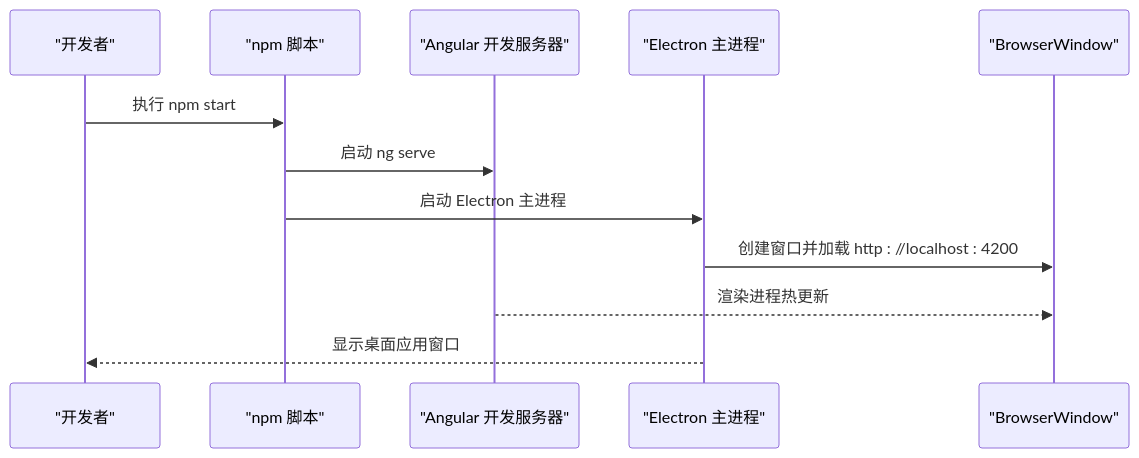
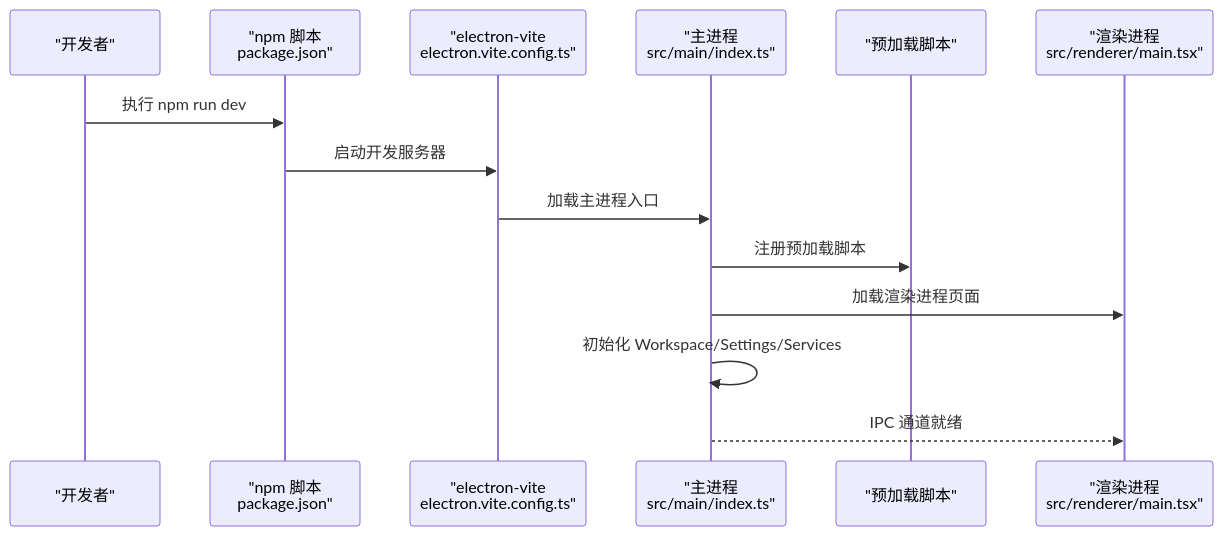
One commit to haolange/RDC-Agent changed the third of 7 diagrams in .qoder/repowiki/zh/content/快速开始.md. Above: the diagram before and after it, drawn with Mermaid. The commit also changed other lines of this file and 5 other files, not shown here.

````diff
--- a/.qoder/repowiki/zh/content/快速开始.md
+++ b/.qoder/repowiki/zh/content/快速开始.md
@@ -196,14 +169,16 @@
 ```mermaid
 sequenceDiagram
-participant User as "开发者"
-participant NPM as "npm 脚本"
-participant Ng as "Angular 开发服务器"
-participant Main as "Electron 主进程"
-participant Win as "BrowserWindow"
-User->>NPM : 执行 npm start
-NPM->>Ng : 启动 ng serve
-NPM->>Main : 启动 Electron 主进程
-Main->>Win : 创建窗口并加载 http : //localhost : 4200
-Ng-->>Win : 渲染进程热更新
-Main-->>User : 显示桌面应用窗口
+participant Dev as "开发者"
+participant NPM as "npm 脚本<br/>package.json"
+participant EV as "electron-vite<br/>electron.vite.config.ts"
+participant Main as "主进程<br/>src/main/index.ts"
+participant Preload as "预加载脚本"
+participant Renderer as "渲染进程<br/>src/renderer/main.tsx"
+Dev->>NPM : 执行 npm run dev
+NPM->>EV : 启动开发服务器
+EV->>Main : 加载主进程入口
+Main->>Preload : 注册预加载脚本
+Main->>Renderer : 加载渲染进程页面
+Main->>Main : 初始化 Workspace/Settings/Services
+Main-->>Renderer : IPC 通道就绪
 ```
````
